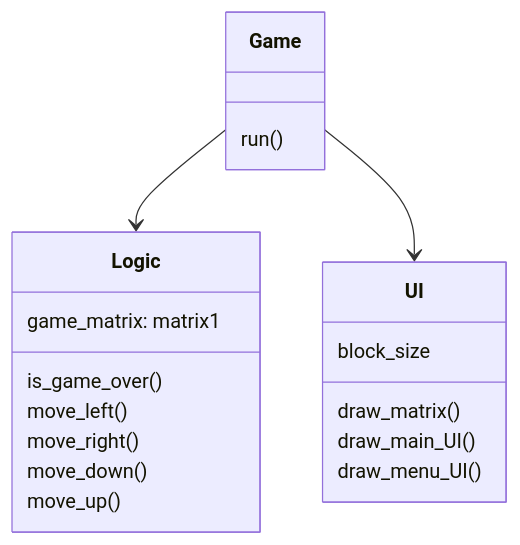
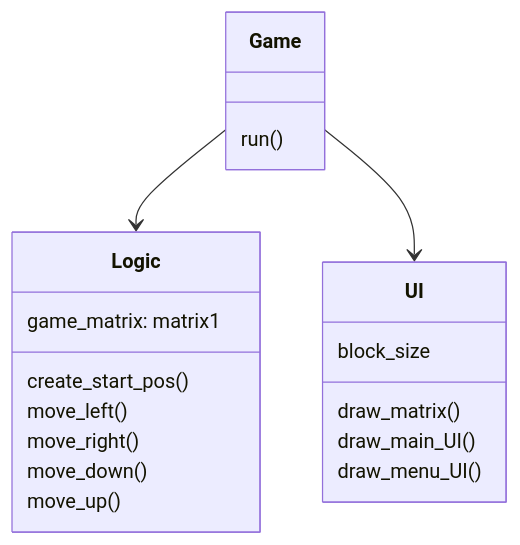
Before and after one commit to Jusq17/ot-harjoitustyo: the diagram in Dokumentaatio/arkkitehtuuri.md, drawn with Mermaid. The commit also changed other lines of this file, not shown here.

````diff
--- a/Dokumentaatio/arkkitehtuuri.md
+++ b/Dokumentaatio/arkkitehtuuri.md
@@ -4,29 +4,29 @@
 ```mermaid
 
   classDiagram
   
   Game --> Logic
   Game --> UI
   
   class Game{
      run()
   }
   
   class Logic{
     game_matrix: matrix1
     
-    is_game_over()
+    create_start_pos()
     move_left()
     move_right()
     move_down()
     move_up()
   }
   
   class UI{
     block_size
     draw_matrix()
     draw_main_UI()
     draw_menu_UI()
   }
 
 ```
````
